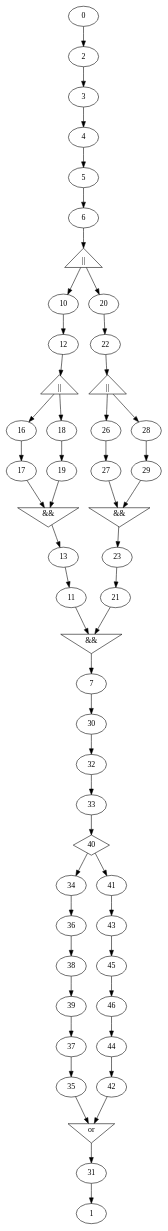
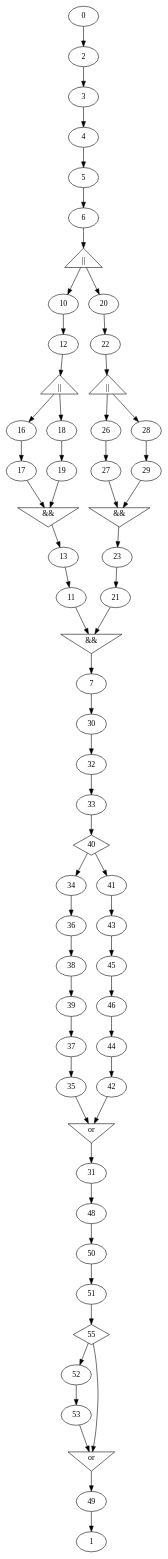
The diagram in temp/generated/test2.dot (jdeantoni/TCOS.lang), drawn with Graphviz before and after one commit. The commit also changed 15 other files, not shown here.

```diff
--- a/temp/generated/test2.dot
+++ b/temp/generated/test2.dot
@@ -1,101 +1,118 @@
 digraph G {
   "0" [label="0" shape="ellipse"];
   "1" [label="1" shape="ellipse"];
   "2" [label="2" shape="ellipse"];
   "3" [label="3" shape="ellipse"];
   "4" [label="4" shape="ellipse"];
   "5" [label="5" shape="ellipse"];
   "6" [label="6" shape="ellipse"];
   "7" [label="7" shape="ellipse"];
   "8" [label="&&" shape="invtriangle"];
   "9" [label="||" shape="triangle"];
   "10" [label="10" shape="ellipse"];
   "11" [label="11" shape="ellipse"];
   "12" [label="12" shape="ellipse"];
   "13" [label="13" shape="ellipse"];
   "14" [label="&&" shape="invtriangle"];
   "15" [label="||" shape="triangle"];
   "16" [label="16" shape="ellipse"];
   "17" [label="17" shape="ellipse"];
   "18" [label="18" shape="ellipse"];
   "19" [label="19" shape="ellipse"];
   "20" [label="20" shape="ellipse"];
   "21" [label="21" shape="ellipse"];
   "22" [label="22" shape="ellipse"];
   "23" [label="23" shape="ellipse"];
   "24" [label="&&" shape="invtriangle"];
   "25" [label="||" shape="triangle"];
   "26" [label="26" shape="ellipse"];
   "27" [label="27" shape="ellipse"];
   "28" [label="28" shape="ellipse"];
   "29" [label="29" shape="ellipse"];
   "30" [label="30" shape="ellipse"];
   "31" [label="31" shape="ellipse"];
   "32" [label="32" shape="ellipse"];
   "33" [label="33" shape="ellipse"];
   "34" [label="34" shape="ellipse"];
   "35" [label="35" shape="ellipse"];
   "36" [label="36" shape="ellipse"];
   "37" [label="37" shape="ellipse"];
   "38" [label="38" shape="ellipse"];
   "39" [label="39" shape="ellipse"];
   "40" [label="40" shape="diamond"];
   "41" [label="41" shape="ellipse"];
   "42" [label="42" shape="ellipse"];
   "43" [label="43" shape="ellipse"];
   "44" [label="44" shape="ellipse"];
   "45" [label="45" shape="ellipse"];
   "46" [label="46" shape="ellipse"];
   "47" [label="or" shape="invtriangle"];
+  "48" [label="48" shape="ellipse"];
+  "49" [label="49" shape="ellipse"];
+  "50" [label="50" shape="ellipse"];
+  "51" [label="51" shape="ellipse"];
+  "52" [label="52" shape="ellipse"];
+  "53" [label="53" shape="ellipse"];
+  "54" [label="or" shape="invtriangle"];
+  "55" [label="55" shape="diamond"];
   "2" -> "3" [label=""];
   "0" -> "2" [label=""];
   "4" -> "5" [label=""];
   "3" -> "4" [label=""];
   "6" -> "9" [label=""];
   "16" -> "17" [label=""];
   "12" -> "15" [label=""];
   "15" -> "16" [label=""];
   "17" -> "14" [label=""];
   "18" -> "19" [label=""];
   "15" -> "18" [label=""];
   "19" -> "14" [label=""];
   "14" -> "13" [label=""];
   "10" -> "12" [label=""];
   "13" -> "11" [label=""];
   "9" -> "10" [label=""];
   "11" -> "8" [label=""];
   "26" -> "27" [label=""];
   "22" -> "25" [label=""];
   "25" -> "26" [label=""];
   "27" -> "24" [label=""];
   "28" -> "29" [label=""];
   "25" -> "28" [label=""];
   "29" -> "24" [label=""];
   "24" -> "23" [label=""];
   "20" -> "22" [label=""];
   "23" -> "21" [label=""];
   "9" -> "20" [label=""];
   "21" -> "8" [label=""];
   "8" -> "7" [label=""];
   "5" -> "6" [label=""];
   "32" -> "33" [label=""];
   "38" -> "39" [label=""];
   "36" -> "38" [label=""];
   "39" -> "37" [label=""];
   "34" -> "36" [label=""];
   "37" -> "35" [label=""];
   "30" -> "32" [label=""];
   "33" -> "40" [label=""];
   "40" -> "34" [label=""];
   "45" -> "46" [label=""];
   "43" -> "45" [label=""];
   "46" -> "44" [label=""];
   "41" -> "43" [label=""];
   "44" -> "42" [label=""];
   "35" -> "47" [label=""];
   "40" -> "41" [label=""];
   "42" -> "47" [label=""];
   "47" -> "31" [label=""];
   "7" -> "30" [label=""];
-  "31" -> "1" [label=""];
+  "50" -> "51" [label=""];
+  "52" -> "53" [label=""];
+  "48" -> "50" [label=""];
+  "51" -> "55" [label=""];
+  "55" -> "52" [label=""];
+  "55" -> "54" [label=""];
+  "53" -> "54" [label=""];
+  "54" -> "49" [label=""];
+  "31" -> "48" [label=""];
+  "49" -> "1" [label=""];
 }
```
